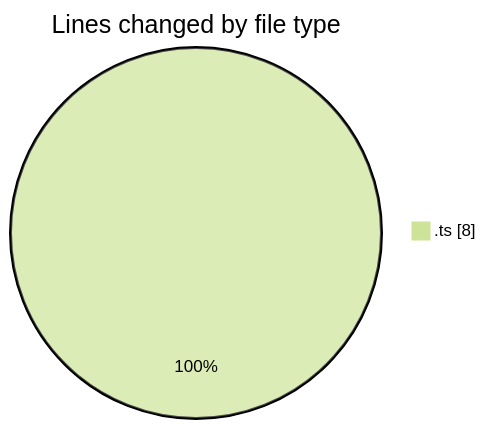
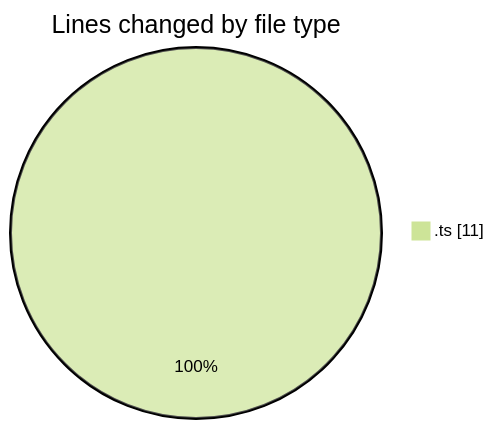
The first of 2 diagrams in 2025-01-14/github-activity-tracker/README.md (momahboobian/code-tracking), drawn with Mermaid (forest theme) before and after one commit. The commit also changed other lines of this file and 1 other file, not shown here.

````diff
--- a/2025-01-14/github-activity-tracker/README.md
+++ b/2025-01-14/github-activity-tracker/README.md
@@ -20,5 +20,5 @@
 ```mermaid
 pie showData
 title Lines changed by file type
-".ts" : 8
+".ts" : 11
 ```
````
